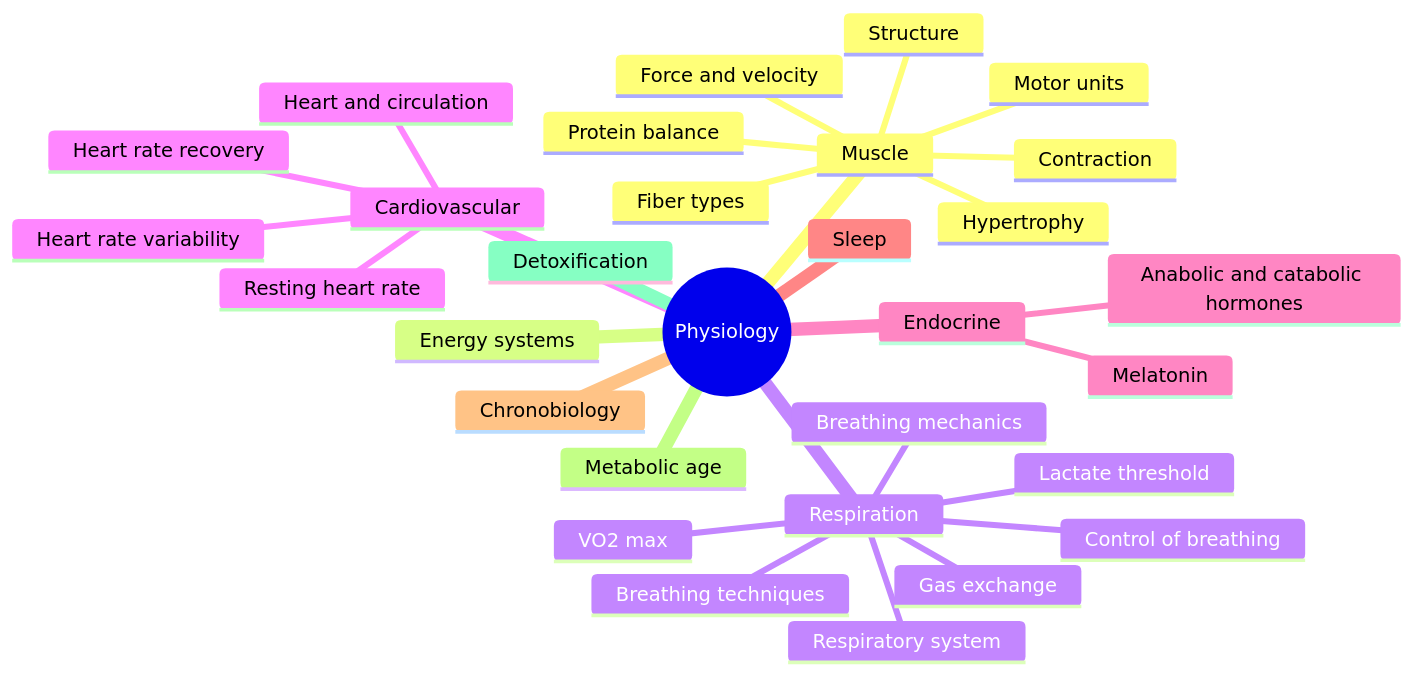
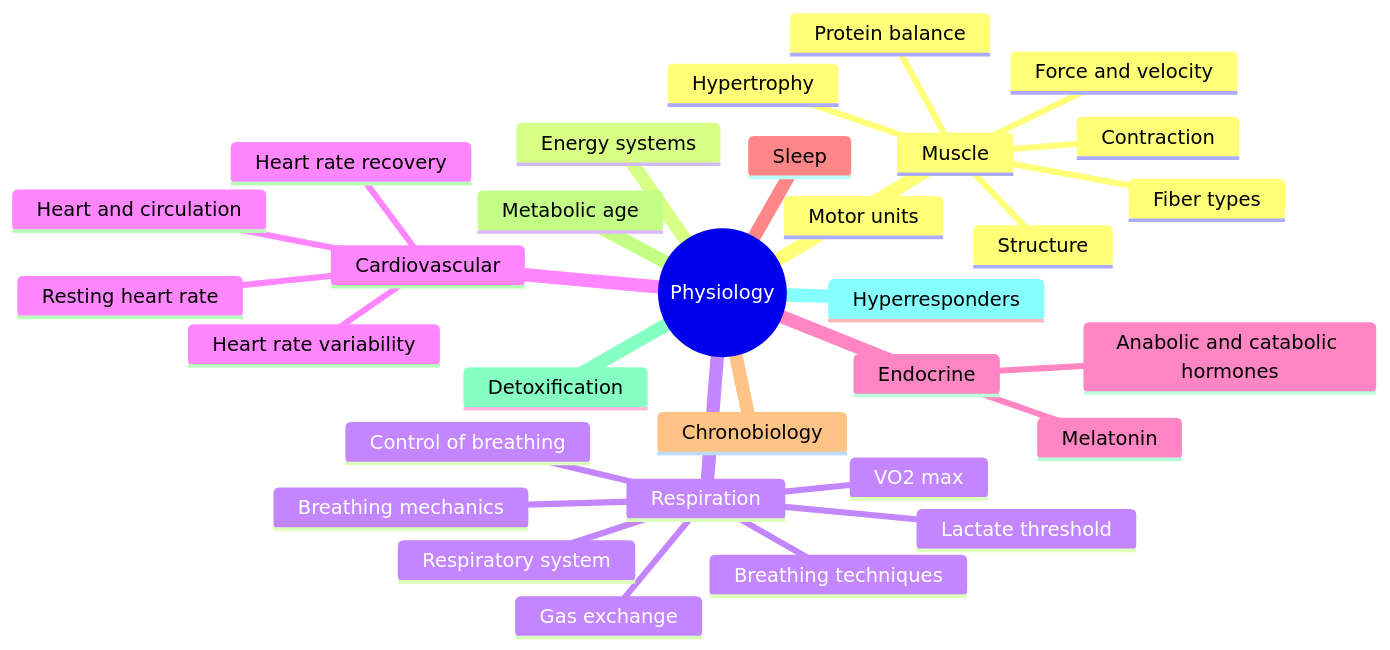
Before and after one commit to rinkachi9/alexandrian-library: the diagram in applied-sciences/medicine-and-health/physiology/README.md, drawn with Mermaid. The commit also changed other lines of this file and 49 other files, not shown here.

````diff
--- a/applied-sciences/medicine-and-health/physiology/README.md
+++ b/applied-sciences/medicine-and-health/physiology/README.md
@@ -7,33 +7,34 @@
 ```mermaid
 mindmap
   root((Physiology))
     Muscle
       Structure
       Contraction
       Motor units
       Fiber types
       Force and velocity
       Hypertrophy
       Protein balance
     Energy systems
     Respiration
       Respiratory system
       Breathing mechanics
       Gas exchange
       Control of breathing
       Breathing techniques
       VO2 max
       Lactate threshold
     Cardiovascular
       Heart and circulation
       Resting heart rate
       Heart rate variability
       Heart rate recovery
     Endocrine
       Anabolic and catabolic hormones
       Melatonin
     Sleep
     Chronobiology
     Metabolic age
     Detoxification
+    Hyperresponders
 ```
````
